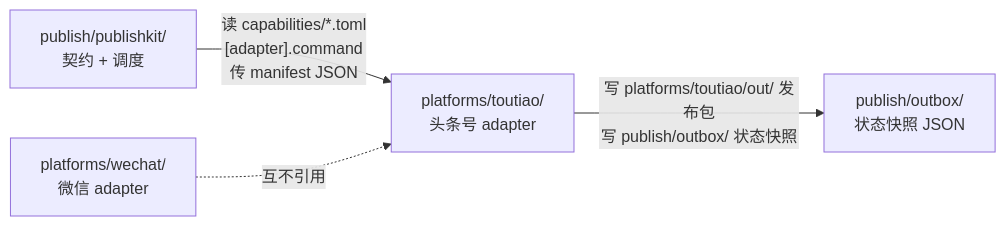
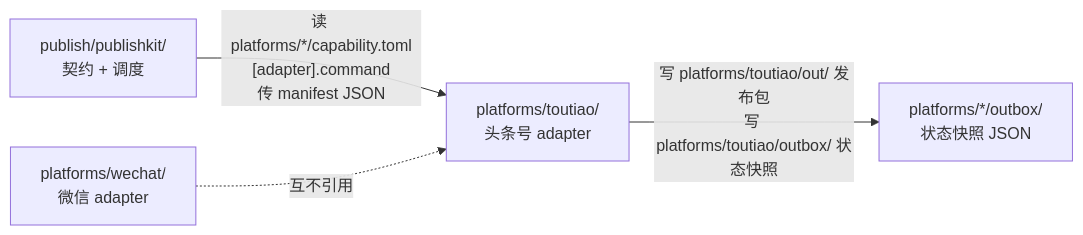
The diagram in publish/spec/00-架构设计.md (growdu/aiv), drawn with Mermaid before and after one commit. The commit also changed other lines of this file and 21 other files, not shown here.

````diff
--- a/publish/spec/00-架构设计.md
+++ b/publish/spec/00-架构设计.md
@@ -681,6 +689,6 @@
 ```mermaid
 flowchart LR
-  P["publish/publishkit/<br/>契约 + 调度"] -->|"读 capabilities/*.toml<br/>[adapter].command<br/>传 manifest JSON"| T["platforms/toutiao/<br/>头条号 adapter"]
-  T -->|"写 platforms/toutiao/out/ 发布包<br/>写 publish/outbox/ 状态快照"| O["publish/outbox/<br/>状态快照 JSON"]
+  P["publish/publishkit/<br/>契约 + 调度"] -->|"读 platforms/*/capability.toml<br/>[adapter].command<br/>传 manifest JSON"| T["platforms/toutiao/<br/>头条号 adapter"]
+  T -->|"写 platforms/toutiao/out/ 发布包<br/>写 platforms/toutiao/outbox/ 状态快照"| O["platforms/*/outbox/<br/>状态快照 JSON"]
   W["platforms/wechat/<br/>微信 adapter"] -.->|"互不引用"| T
 ```
````
